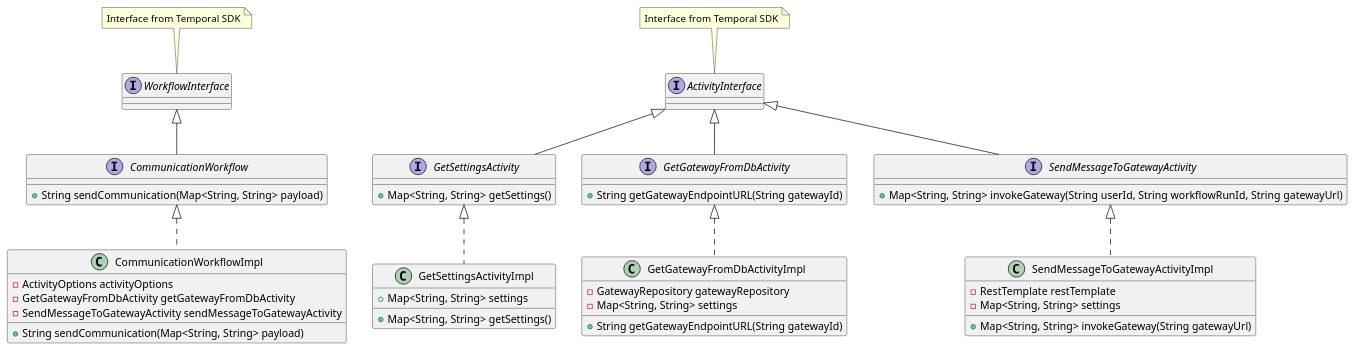
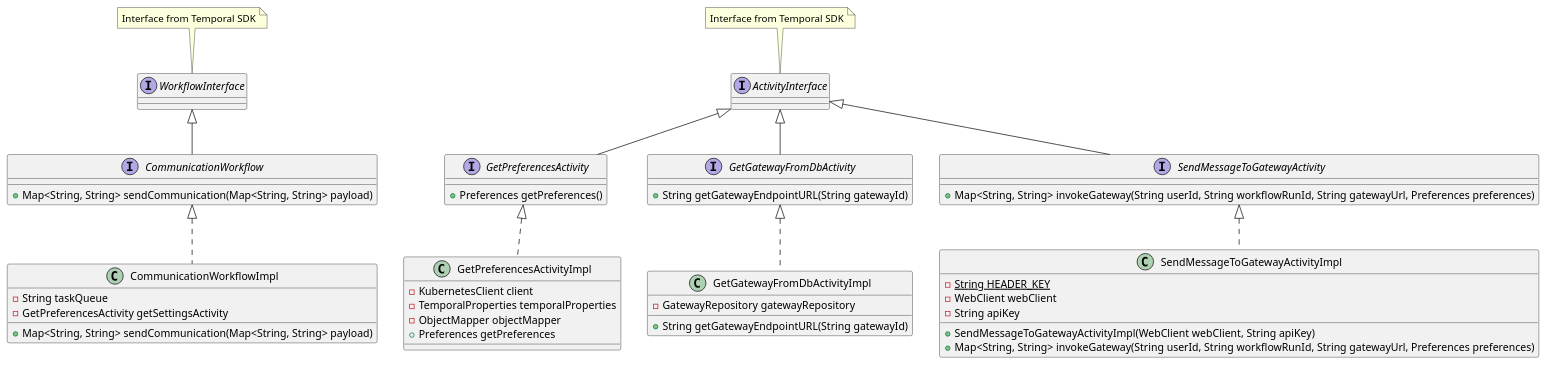
The diagram in Designs/System Context/Components/CommunicationWorkflowClassDiagram.puml (CameronWard301/communication_scheduler), drawn with PlantUML before and after one commit. The commit also changed 40 other files, not shown here.

Commit message:
Updated diagrams and images

```diff
--- a/Designs/System Context/Components/CommunicationWorkflowClassDiagram.puml
+++ b/Designs/System Context/Components/CommunicationWorkflowClassDiagram.puml
@@ -1,62 +1,64 @@
 @startuml WorkflowClassDiagram
 
 interface WorkflowInterface {
 }
 
 interface ActivityInterface {
 }
 
 note top of WorkflowInterface
     Interface from Temporal SDK
 end note
 
 note top of ActivityInterface
     Interface from Temporal SDK
 end note
 
 
 interface CommunicationWorkflow extends WorkflowInterface {
-    + String sendCommunication(Map<String, String> payload)
+    + Map<String, String> sendCommunication(Map<String, String> payload)
 }
 
 class CommunicationWorkflowImpl implements CommunicationWorkflow{
-    - ActivityOptions activityOptions
-    - GetGatewayFromDbActivity getGatewayFromDbActivity
-    - SendMessageToGatewayActivity sendMessageToGatewayActivity
-    + String sendCommunication(Map<String, String> payload)
+    - String taskQueue
+    - GetPreferencesActivity getSettingsActivity
+    + Map<String, String> sendCommunication(Map<String, String> payload)
 
 }
 
-interface GetSettingsActivity extends ActivityInterface{
-    + Map<String, String> getSettings()
+interface GetPreferencesActivity extends ActivityInterface{
+    + Preferences getPreferences()
 }
 
-class GetSettingsActivityImpl implements GetSettingsActivity {
-    + Map<String, String> settings
-    + Map<String, String> getSettings()
+class GetPreferencesActivityImpl implements GetPreferencesActivity {
+    - KubernetesClient client
+    - TemporalProperties temporalProperties
+    - ObjectMapper objectMapper
+    + Preferences getPreferences
 }
 
 
 interface GetGatewayFromDbActivity extends ActivityInterface{
     + String getGatewayEndpointURL(String gatewayId)
 }
 
 class GetGatewayFromDbActivityImpl implements GetGatewayFromDbActivity{
     - GatewayRepository gatewayRepository
-    - Map<String, String> settings
     + String getGatewayEndpointURL(String gatewayId)
 }
 
 interface SendMessageToGatewayActivity extends ActivityInterface {
-    + Map<String, String> invokeGateway(String userId, String workflowRunId, String gatewayUrl)
+    + Map<String, String> invokeGateway(String userId, String workflowRunId, String gatewayUrl, Preferences preferences)
 }
 
 class SendMessageToGatewayActivityImpl implements SendMessageToGatewayActivity {
-    - RestTemplate restTemplate
-    - Map<String, String> settings
-    + Map<String, String> invokeGateway(String gatewayUrl)
+    - {static} String HEADER_KEY
+    - WebClient webClient
+    - String apiKey
+    + SendMessageToGatewayActivityImpl(WebClient webClient, String apiKey)
+    + Map<String, String> invokeGateway(String userId, String workflowRunId, String gatewayUrl, Preferences preferences)
 }
 
 
 
 @enduml
```
